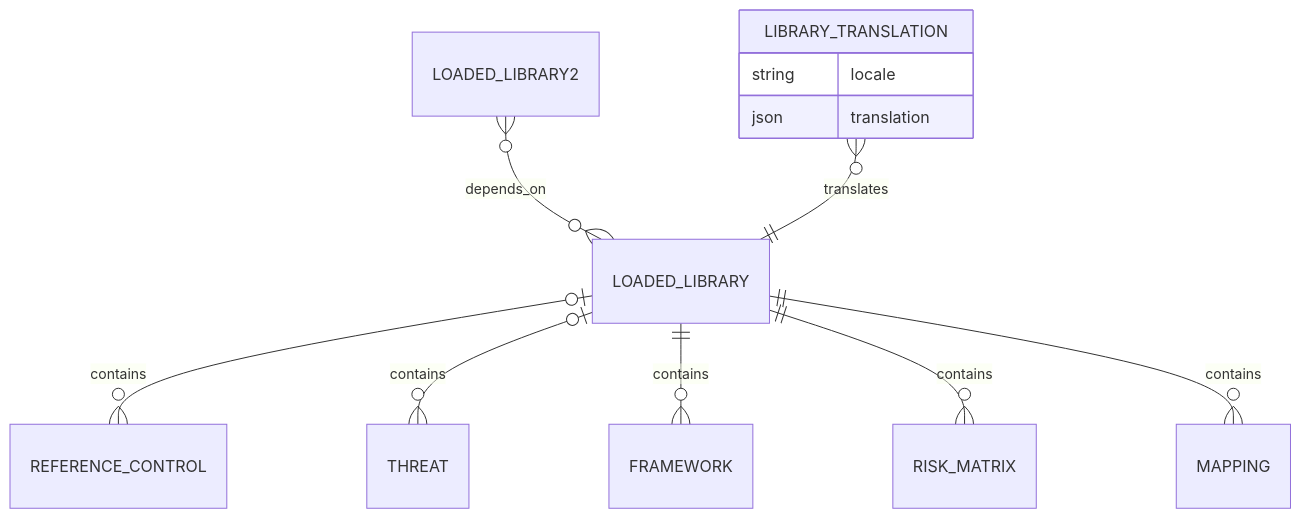
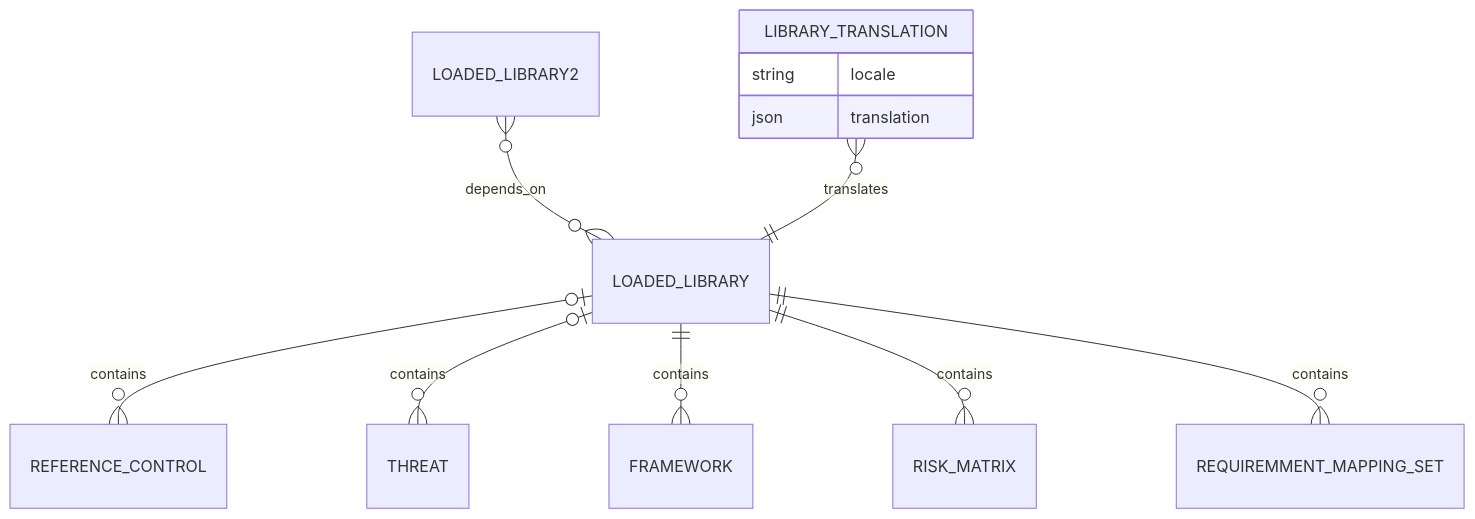
The third of 7 diagrams in documentation/architecture/data-model.md (intuitem/ciso-assistant-community), drawn with Mermaid before and after one commit. The commit also changed other lines of this file, not shown here.

````diff
--- a/documentation/architecture/data-model.md
+++ b/documentation/architecture/data-model.md
@@ -72,16 +72,16 @@
 ```mermaid
 erDiagram
 
-    LOADED_LIBRARY  |o--o{ REFERENCE_CONTROL: contains
-    LOADED_LIBRARY  |o--o{ THREAT           : contains
-    LOADED_LIBRARY  ||--o{ FRAMEWORK        : contains
-    LOADED_LIBRARY  ||--o{ RISK_MATRIX      : contains
-    LOADED_LIBRARY  ||--o{ MAPPING          : contains
-    LOADED_LIBRARY2 }o--o{ LOADED_LIBRARY   : depends_on
-    LIBRARY_TRANSLATION }o--|| LOADED_LIBRARY: translates
+    LOADED_LIBRARY      |o--o{ REFERENCE_CONTROL        : contains
+    LOADED_LIBRARY      |o--o{ THREAT                   : contains
+    LOADED_LIBRARY      ||--o{ FRAMEWORK                : contains
+    LOADED_LIBRARY      ||--o{ RISK_MATRIX              : contains
+    LOADED_LIBRARY      ||--o{ REQUIREMMENT_MAPPING_SET : contains
+    LOADED_LIBRARY2     }o--o{ LOADED_LIBRARY           : depends_on
+    LIBRARY_TRANSLATION }o--|| LOADED_LIBRARY           : translates
 
     LIBRARY_TRANSLATION {
         string locale
         json translation
     }
 ```
````
